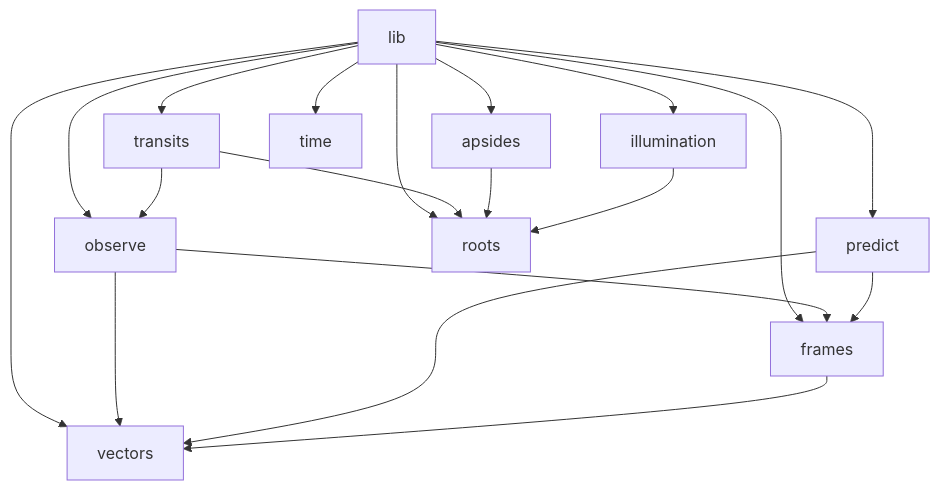
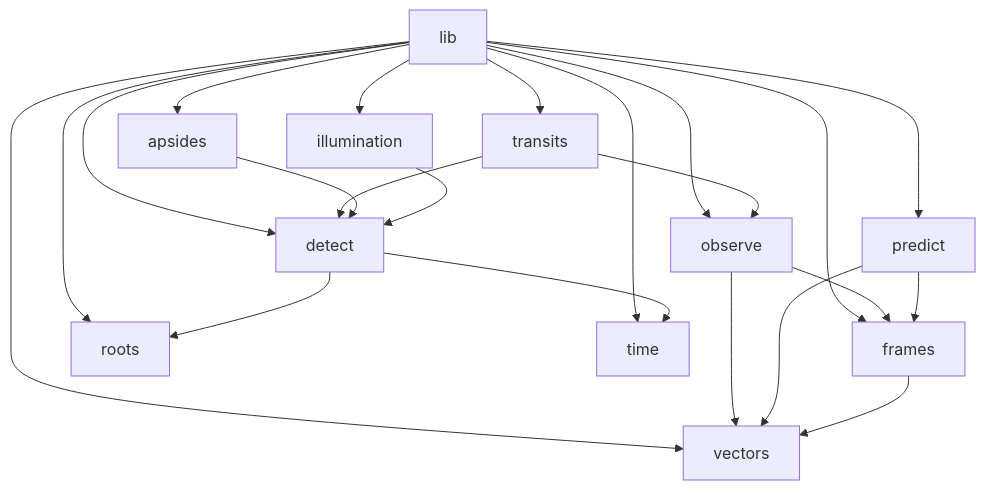
One commit to steg87/sgp4-predict changed the first of 2 diagrams in docs/architecture.md. Above: the diagram before and after it, drawn with Mermaid. The commit also changed other lines of this file and 29 other files, not shown here.

````diff
--- a/docs/architecture.md
+++ b/docs/architecture.md
@@ -14,21 +14,24 @@
 ```mermaid
 graph TD
     lib --> predict
     lib --> observe
     lib --> transits
     lib --> apsides
     lib --> illumination
+    lib --> detect
     lib --> frames
     lib --> vectors
     lib --> roots
     lib --> time
-    transits --> roots
+    transits --> detect
     transits --> observe
-    apsides --> roots
-    illumination --> roots
+    apsides --> detect
+    illumination --> detect
+    detect --> roots
+    detect --> time
     observe --> frames
     observe --> vectors
     predict --> frames
     predict --> vectors
     frames --> vectors
 ```
````
